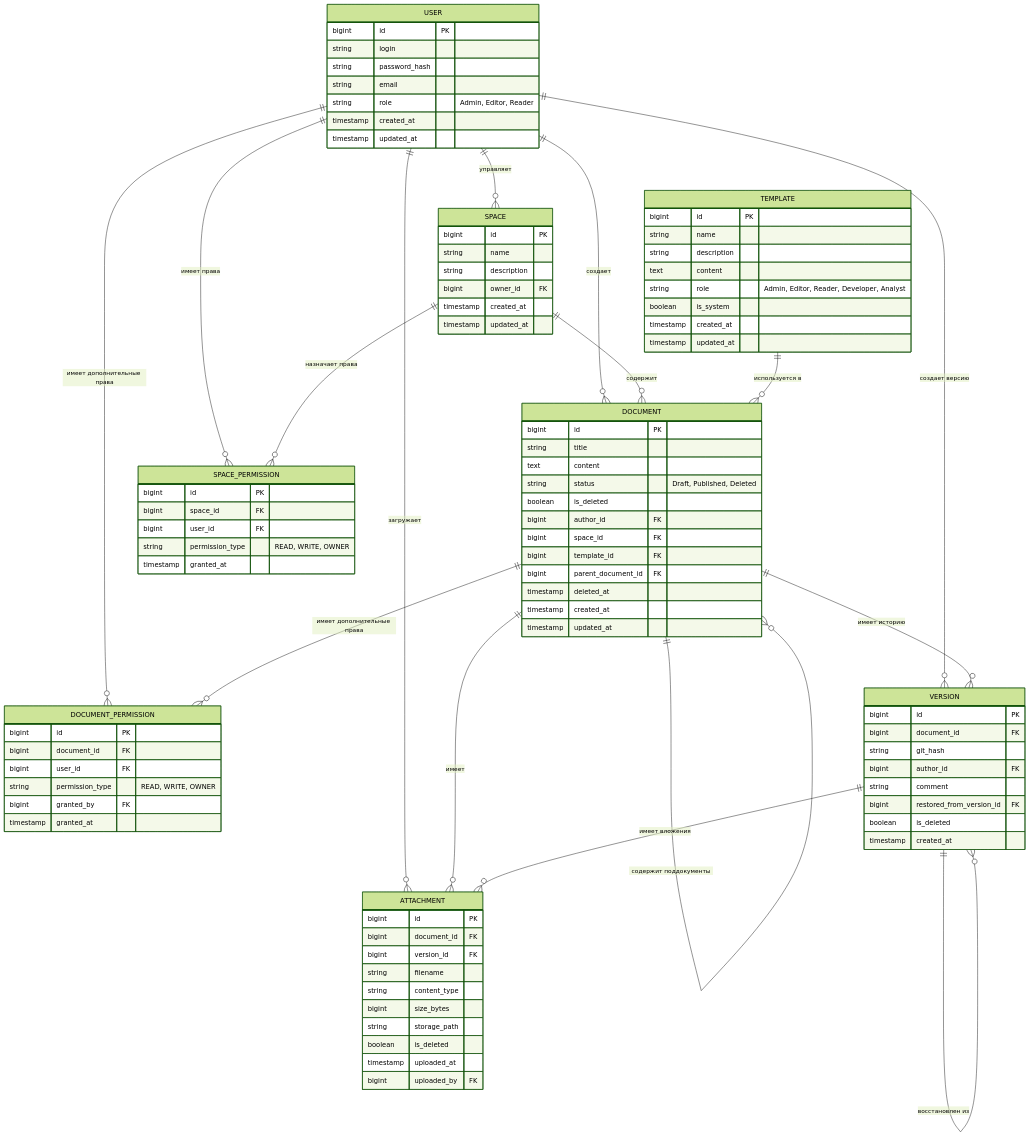
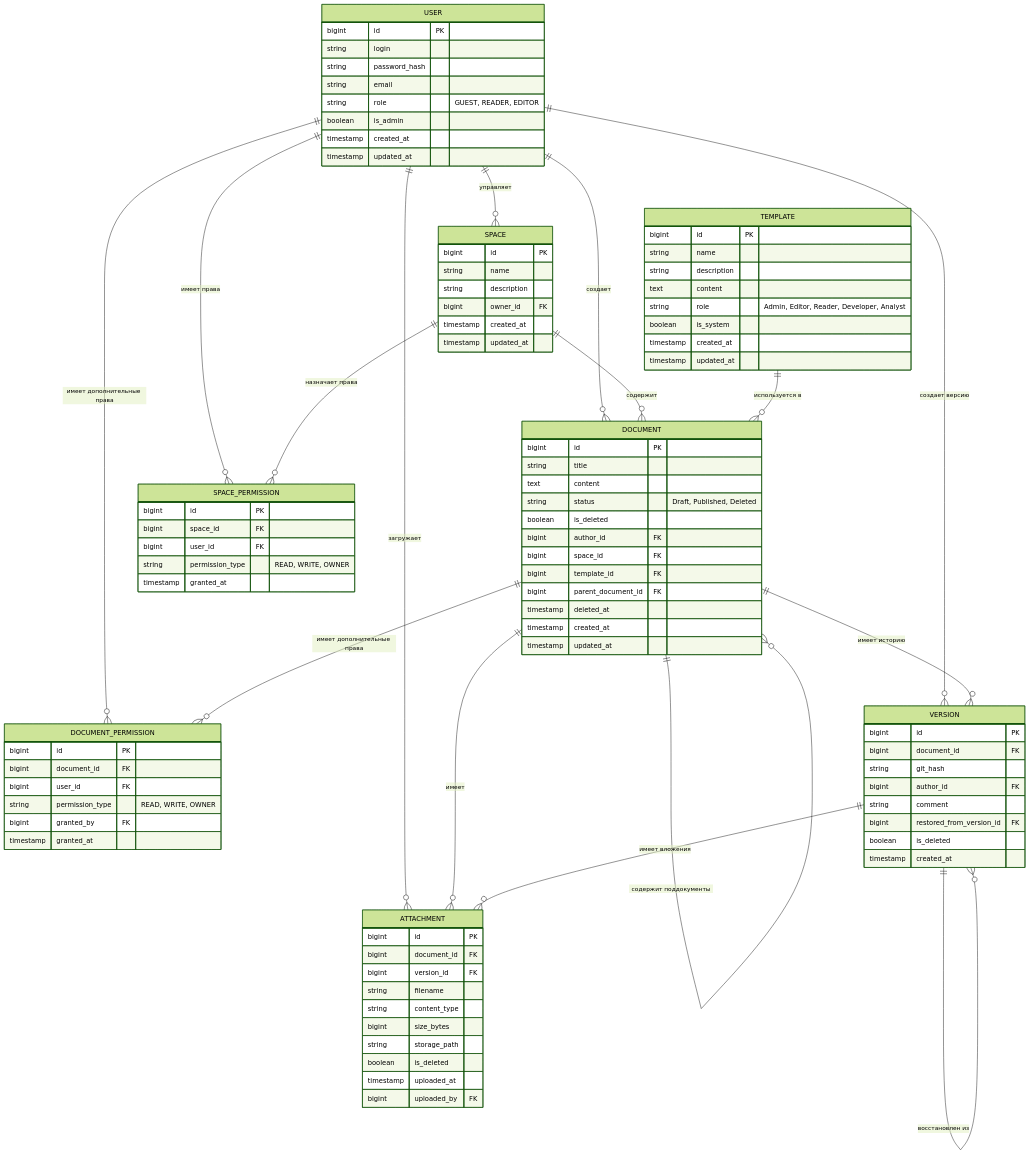
The diagram in documents/120.data-model.md (C23-501-SoftDev/Docs), drawn with Mermaid (forest theme) before and after one commit. The commit also changed other lines of this file and 16 other files, not shown here.

```diff
--- a/documents/120.data-model.md
+++ b/documents/120.data-model.md
@@ -29,7 +29,8 @@
         string login
         string password_hash
         string email
-        string role "Admin, Editor, Reader"
+        string role "GUEST, READER, EDITOR"
+        boolean is_admin
         timestamp created_at
         timestamp updated_at
     }
```
